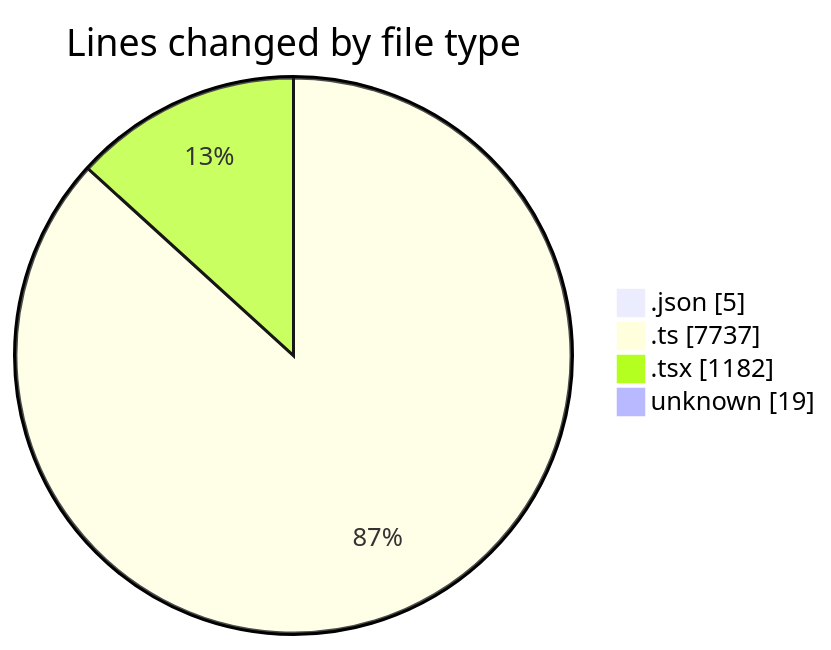
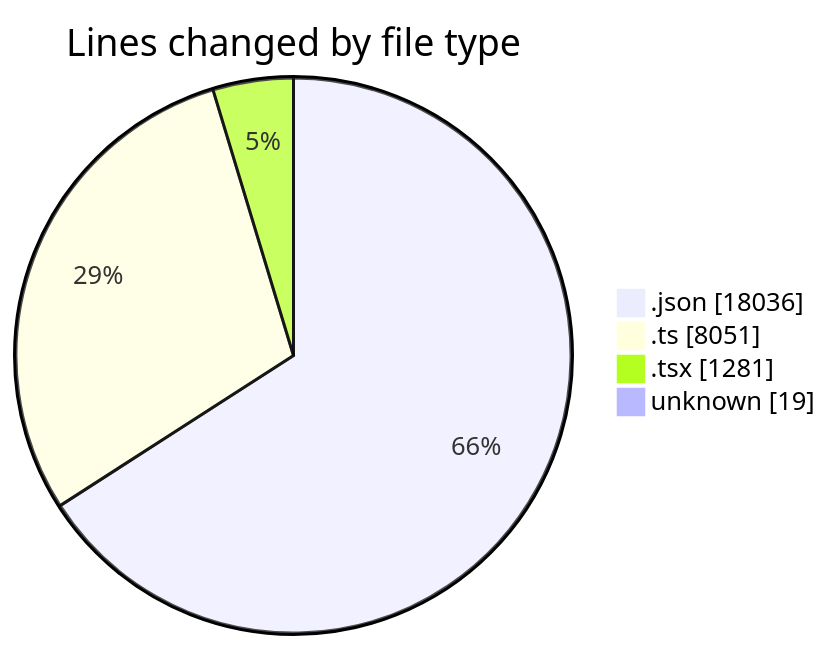
One commit to CELIANVF/code-tracking changed the first of 2 diagrams in 2025-05-09/ecodeli/README.md. Above: the diagram before and after it, drawn with Mermaid. The commit also changed other lines of this file and 1 other file, not shown here.

````diff
--- a/2025-05-09/ecodeli/README.md
+++ b/2025-05-09/ecodeli/README.md
@@ -30,8 +33,8 @@
 ```mermaid
 pie showData
 title Lines changed by file type
-".json" : 5
-".ts" : 7737
-".tsx" : 1182
+".json" : 18036
+".ts" : 8051
+".tsx" : 1281
 "unknown" : 19
 ```
````
